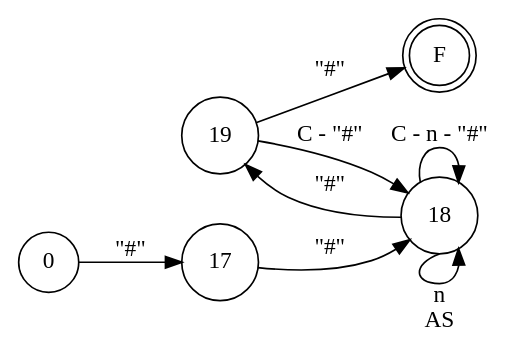
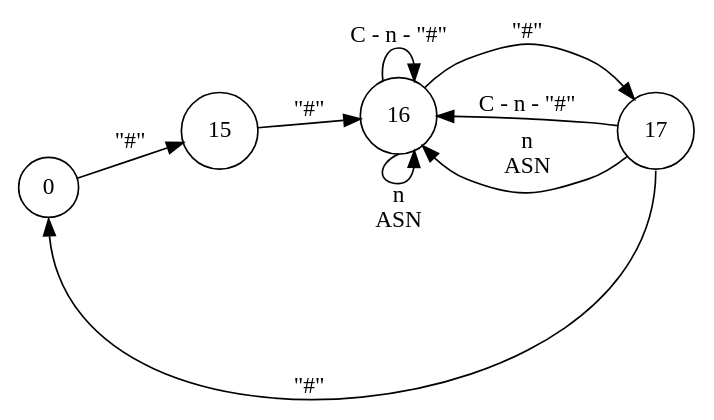
Before and after one commit to iroumec/RouVel-Compiler: the diagram in resources/FA/FADiagrams/comments.dot, drawn with Graphviz. The commit also changed 32 other files, not shown here.

```diff
--- a/resources/FA/FADiagrams/comments.dot
+++ b/resources/FA/FADiagrams/comments.dot
@@ -1,13 +1,13 @@
 digraph DFA {
     rankdir = LR;
     node [shape = circle;];
-    F [shape = doublecircle;];
     
-    0 -> 17 [label = "\"#\"";];
-    17 -> 18 [label = "\"#\"";];
-    18 -> 18 [label = "C - n - \"#\"";];
-    18 -> 18 [label = "n \n AS"; tailport = s;];
-    18 -> 19 [label = "\"#\"";];
-    19 -> 18 [label = "C - \"#\"";];
-    19 -> F [label = "\"#\"";];
+    0 -> 15 [label = "\"#\"";];
+    15 -> 16 [label = "\"#\"";];
+    16 -> 16 [label = "C - n - \"#\"";];
+    16 -> 16 [label = "n \n ASN"; tailport = s;];
+    16 -> 17 [label = "\"#\"";];
+    17 -> 16 [label = "C - n - \"#\"";];
+    17 -> 16 [label = "n \n ASN";];
+    17 -> 0 [label = "\"#\""; headport = s; tailport = s;];
 }
```
